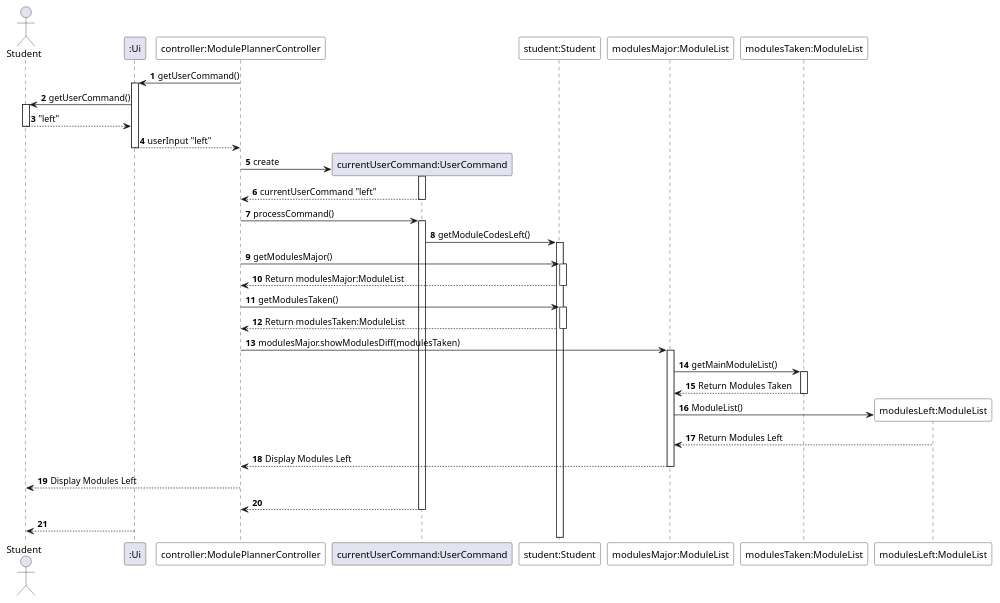
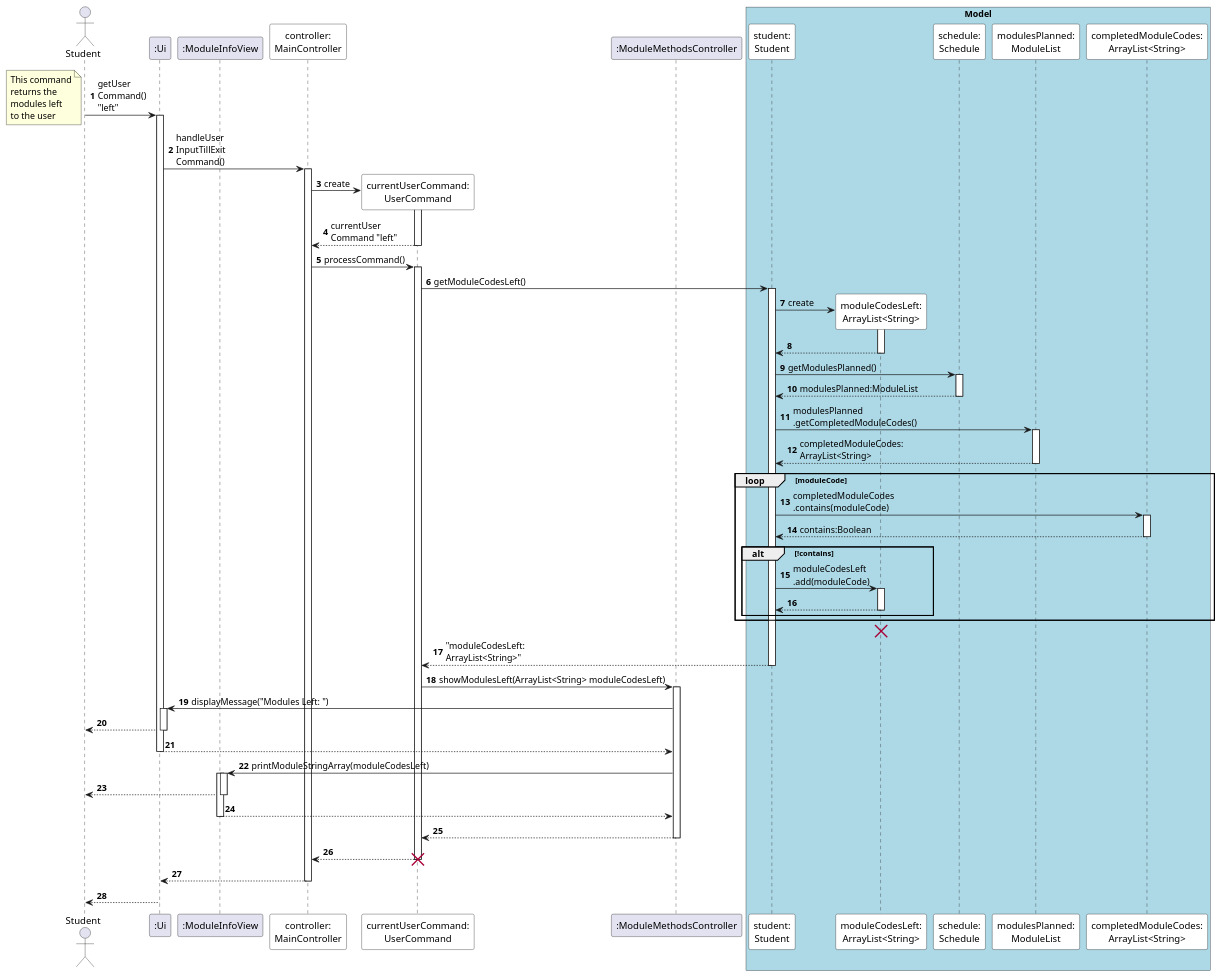
Before and after one commit to ryanlohyr/NUSDegs: the diagram in docs/diagrams/LeftFeature.puml, drawn with PlantUML. The commit also changed 3 other files, not shown here.

Commit message:
update left feature sequence diagram

```diff
--- a/docs/diagrams/LeftFeature.puml
+++ b/docs/diagrams/LeftFeature.puml
@@ -1,73 +1,109 @@
 @startuml
 'https://plantuml.com/sequence-diagram
 
 autonumber
 autoactivate on
 
 actor Student
 
 participant ":Ui" as UI
-participant "controller:ModulePlannerController" as A #white
-
-participant "currentUserCommand:UserCommand" as UC
-participant "student:Student" as S #white
-participant "modulesMajor:ModuleList" as M #white
-participant "modulesTaken:ModuleList" as T #white
-participant "modulesLeft:ModuleList" as L #white
+participant ":ModuleInfoView" as MIV
 
 
-'A -> A: handleUserInputTillExitCommand
+Student -> UI: getUser\nCommand() \n"left"
+note bottom
+This command
+returns the
+modules left
+to the user
+end note
 
-'Student -> UI:
+participant "controller:\nMainController" as MC #white
 
-A -> UI: getUserCommand()
-UI -> Student: getUserCommand()
-Student --> UI: "left"
-UI --> A: userInput "left"
+UI -> MC: handleUser\nInputTillExit\nCommand()
 
-A -> UC **: create
+participant "currentUserCommand:\nUserCommand" as UC #white
+
+participant ":ModuleMethodsController" as MMC
+
+
+MC -> UC **: create
 activate UC
-UC --> A: currentUserCommand "left"
+UC --> MC: currentUser\nCommand "left"
 
-A -> UC: processCommand()
+MC -> UC: processCommand()
+
+box "Model" #LightBlue
+participant "student:\nStudent" as S #white
+participant "moduleCodesLeft:\nArrayList<String>" as MCL #white
+participant "schedule:\nSchedule" as SCH #white
+participant "modulesPlanned:\nModuleList" as MP #white
+participant "completedModuleCodes:\nArrayList<String>" as CMC #white
+end box
+
+
 
 UC -> S: getModuleCodesLeft()
 
 
+'create moduleCodesLeft
+S -> MCL **: create
+activate MCL
+MCL --> S
 
 
 
-
-A -> S: getModulesMajor()
-
-S --> A: Return modulesMajor:ModuleList
+'schedule.getModulesPlanned().getCompletedModuleCodes()
+S -> SCH: getModulesPlanned()
+SCH --> S: modulesPlanned:ModuleList
 
 
-A -> S: getModulesTaken()
-
-S --> A: Return modulesTaken:ModuleList
-
-
-A -> M: modulesMajor.showModulesDiff(modulesTaken)
-
-
-M -> T: getMainModuleList()
-
-T --> M: Return Modules Taken
+S -> MP: modulesPlanned\n.getCompletedModuleCodes()
+MP --> S: completedModuleCodes:\nArrayList<String>
 
 
 
+loop moduleCode
 
-M -> L **: ModuleList()
-L --> M: Return Modules Left
+    S -> CMC: completedModuleCodes\n.contains(moduleCode)
+    CMC --> S: contains:Boolean
+
+    alt !contains
+        'moduleCodesLeft.add(moduleCode)
+        S -> MCL: moduleCodesLeft\n.add(moduleCode)
+        MCL --> S
+    end
+
+end
+
+destroy MCL
+
+S --> UC: "moduleCodesLeft:\nArrayList<String>"
 
 
-A <-- M: Display Modules Left
+UC -> MMC: showModulesLeft(ArrayList<String> moduleCodesLeft)
+
+MMC -> UI: displayMessage("Modules Left: ")
+UI --> Student
+UI --> MMC
 
 
-Student <-- A: Display Modules Left
+MMC -> MIV: printModuleStringArray(moduleCodesLeft)
+activate MIV
+MIV --> Student
+MIV --> MMC
+deactivate MIV
 
-UC --> A
 
+MMC --> UC
+
+UC --> MC
+destroy UC
+
+
+MC --> UI
 UI --> Student
+
+
+
 @enduml
```
